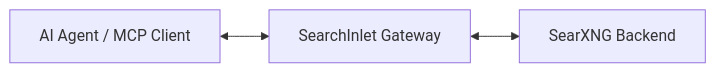
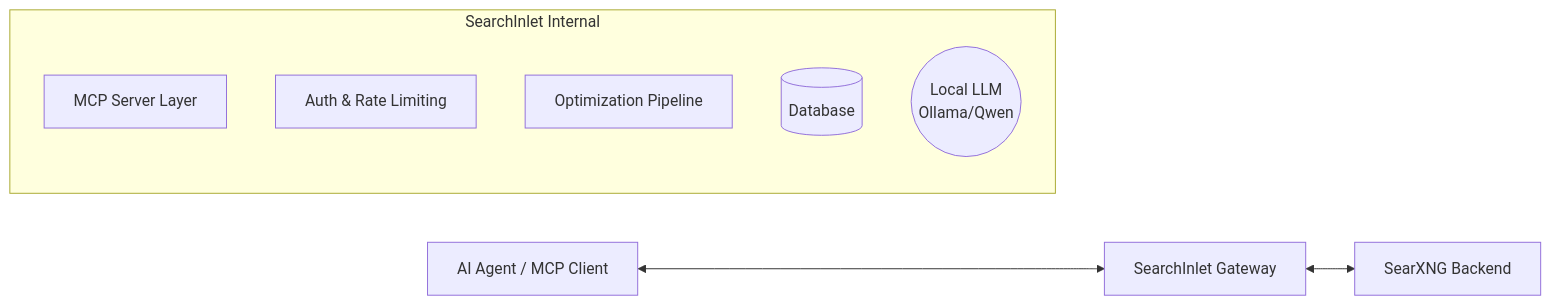
One commit to webdunesurfer/SearchInlet changed the diagram in README.md. Above: the diagram before and after it, drawn with Mermaid. The commit also changed 2 other files, not shown here.

Commit message:
Added ADR for LLM Distillation strategy and updated architecture diagrams

````diff
--- a/README.md
+++ b/README.md
@@ -24,5 +24,13 @@
 ```mermaid
 graph LR
     Agent[AI Agent / MCP Client] <--> SI[SearchInlet Gateway]
     SI <--> SX[SearXNG Backend]
+    
+    subgraph "SearchInlet Internal"
+        SI_MCP[MCP Server Layer]
+        SI_Auth[Auth & Rate Limiting]
+        SI_Proc[Optimization Pipeline]
+        SI_DB[(Database)]
+        SI_LLM((Local LLM<br>Ollama/Qwen))
+    end
 ```
````
